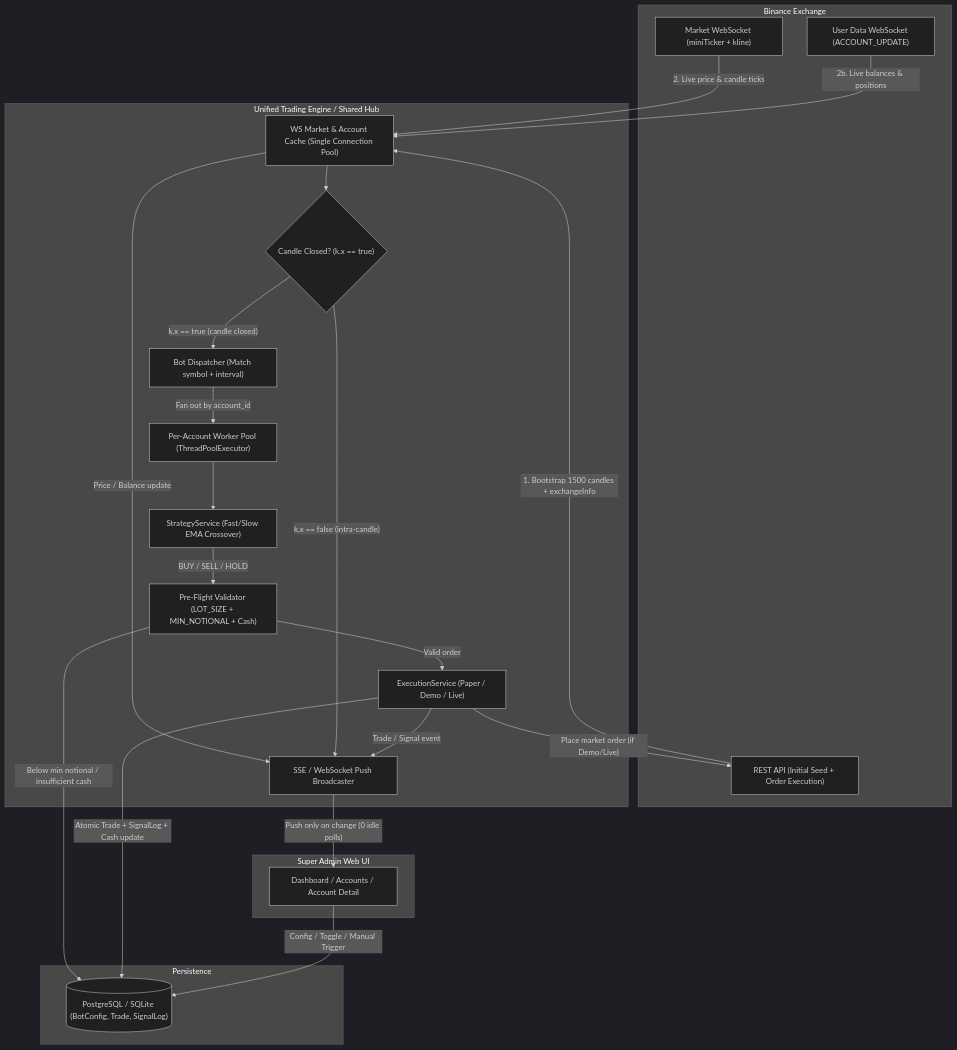
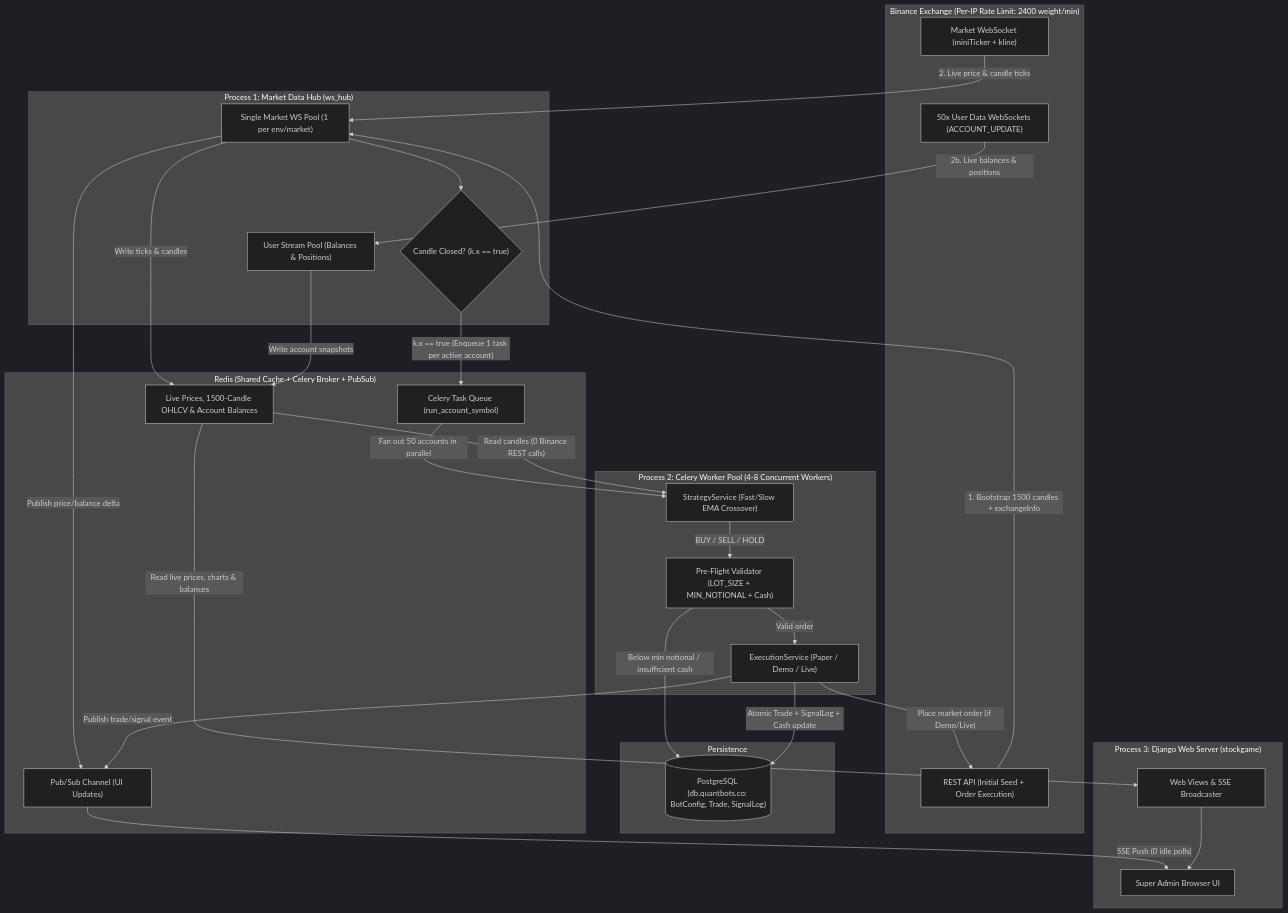
One commit to amolc/stockgame changed the first of 2 diagrams in docs/optimized_architecture.md. Above: the diagram before and after it, drawn with Mermaid (dark theme). The commit also changed other lines of this file and 7 other files, not shown here.

Commit message:
added proper broker accounts

````diff
--- a/docs/optimized_architecture.md
+++ b/docs/optimized_architecture.md
@@ -16,48 +15,58 @@
 ```mermaid
 flowchart TB
-    subgraph Binance["Binance Exchange"]
+    subgraph Binance["Binance Exchange (Per-IP Rate Limit: 2400 weight/min)"]
         WS_M["Market WebSocket (miniTicker + kline)"]
-        WS_U["User Data WebSocket (ACCOUNT_UPDATE)"]
+        WS_U["50x User Data WebSockets (ACCOUNT_UPDATE)"]
         REST["REST API (Initial Seed + Order Execution)"]
     end
 
-    subgraph Core["Unified Trading Engine / Shared Hub"]
-        HUB["WS Market & Account Cache (Single Connection Pool)"]
+    subgraph Hub["Process 1: Market Data Hub (ws_hub)"]
+        MPOOL["Single Market WS Pool (1 per env/market)"]
+        UPOOL["User Stream Pool (Balances & Positions)"]
         EVT{"Candle Closed? (k.x == true)"}
-        DISP["Bot Dispatcher (Match symbol + interval)"]
-        POOL["Per-Account Worker Pool (ThreadPoolExecutor)"]
+    end
+
+    subgraph RedisLayer["Redis (Shared Cache + Celery Broker + PubSub)"]
+        RCACHE["Live Prices, 1500-Candle OHLCV & Account Balances"]
+        RQUEUE["Celery Task Queue (run_account_symbol)"]
+        RPUB["Pub/Sub Channel (UI Updates)"]
+    end
+
+    subgraph Celery["Process 2: Celery Worker Pool (4-8 Concurrent Workers)"]
+        STRAT["StrategyService (Fast/Slow EMA Crossover)"]
         PRE["Pre-Flight Validator (LOT_SIZE + MIN_NOTIONAL + Cash)"]
-        STRAT["StrategyService (Fast/Slow EMA Crossover)"]
         EXEC["ExecutionService (Paper / Demo / Live)"]
-        SSE["SSE / WebSocket Push Broadcaster"]
     end
 
     subgraph Storage["Persistence"]
-        DB[("PostgreSQL / SQLite (BotConfig, Trade, SignalLog)")]
+        DB[("PostgreSQL (db.quantbots.co: BotConfig, Trade, SignalLog)")]
     end
 
-    subgraph Browser["Super Admin Web UI"]
-        UI["Dashboard / Accounts / Account Detail"]
+    subgraph Web["Process 3: Django Web Server (stockgame)"]
+        API["Web Views & SSE Broadcaster"]
+        UI["Super Admin Browser UI"]
     end
 
-    REST -->|"1. Bootstrap 1500 candles + exchangeInfo"| HUB
-    WS_M -->|"2. Live price & candle ticks"| HUB
-    WS_U -->|"2b. Live balances & positions"| HUB
+    REST -->|"1. Bootstrap 1500 candles + exchangeInfo"| MPOOL
+    WS_M -->|"2. Live price & candle ticks"| MPOOL
+    WS_U -->|"2b. Live balances & positions"| UPOOL
 
-    HUB -->|"Price / Balance update"| SSE
-    HUB --> EVT
-    EVT -->|"k.x == false (intra-candle)"| SSE
-    EVT -->|"k.x == true (candle closed)"| DISP
+    MPOOL -->|"Write ticks & candles"| RCACHE
+    UPOOL -->|"Write account snapshots"| RCACHE
+    MPOOL -->|"Publish price/balance delta"| RPUB
+    MPOOL --> EVT
+    EVT -->|"k.x == true (Enqueue 1 task per active account)"| RQUEUE
 
-    DISP -->|"Fan out by account_id"| POOL
-    POOL --> STRAT
+    RQUEUE -->|"Fan out 50 accounts in parallel"| STRAT
+    RCACHE -->|"Read candles (0 Binance REST calls)"| STRAT
     STRAT -->|"BUY / SELL / HOLD"| PRE
     PRE -->|"Valid order"| EXEC
     PRE -->|"Below min notional / insufficient cash"| DB
     EXEC -->|"Place market order (if Demo/Live)"| REST
     EXEC -->|"Atomic Trade + SignalLog + Cash update"| DB
-    EXEC -->|"Trade / Signal event"| SSE
+    EXEC -->|"Publish trade/signal event"| RPUB
 
-    SSE -->|"Push only on change (0 idle polls)"| UI
-    UI -->|"Config / Toggle / Manual Trigger"| DB
+    RCACHE -->|"Read live prices, charts & balances"| API
+    RPUB -->|"SSE Push (0 idle polls)"| UI
+    API --> UI
 ```
````
